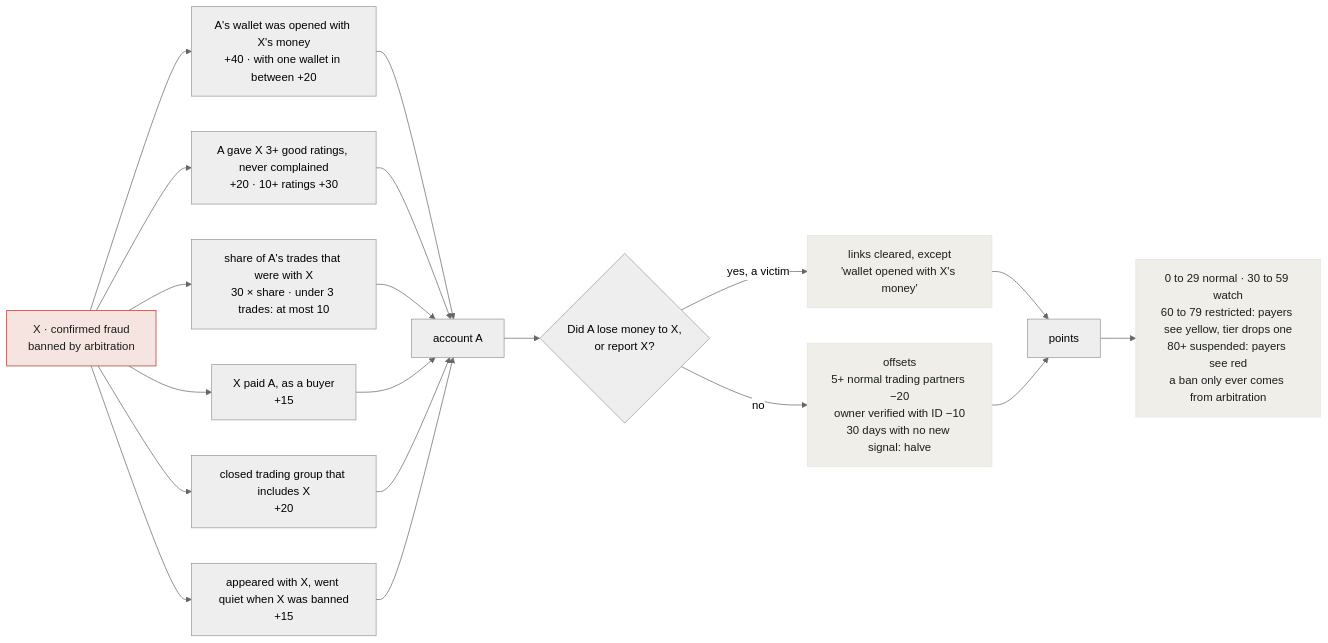
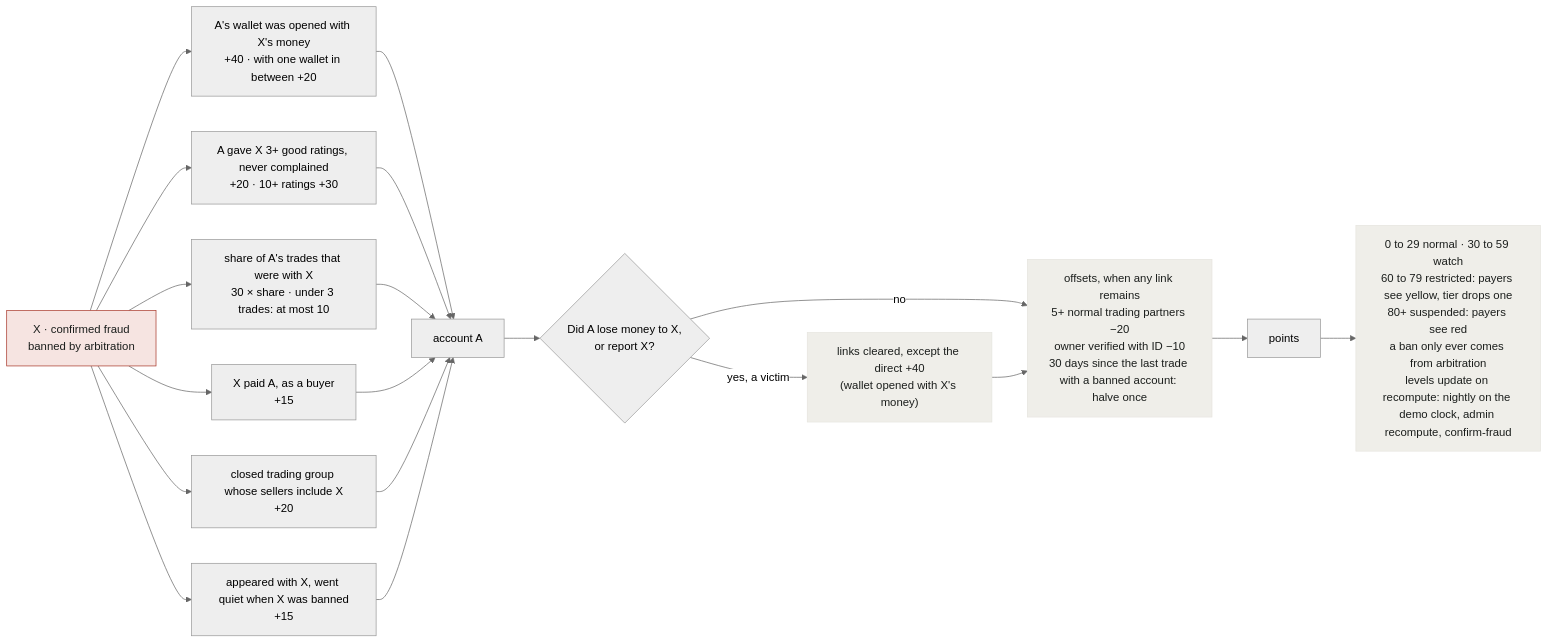
One commit to franktsai2008-eng/ai-pay-gate changed the seventh of 8 diagrams in README.md. Above: the diagram before and after it, drawn with Mermaid (neutral theme). The commit also changed other lines of this file and 2 other files, not shown here.

Commit message:
README diagrams corrected against the code after independent review; weekly score cap rolls forward in the nightly recompute

````diff
--- a/README.md
+++ b/README.md
@@ -197,21 +202,21 @@
 ```mermaid
 flowchart LR
   X["X · confirmed fraud<br/>banned by arbitration"]
   X --> S1["A's wallet was opened with X's money<br/>+40 · with one wallet in between +20"]
   X --> S2["A gave X 3+ good ratings, never complained<br/>+20 · 10+ ratings +30"]
   X --> S3["share of A's trades that were with X<br/>30 × share · under 3 trades: at most 10"]
   X --> S4["X paid A, as a buyer<br/>+15"]
-  X --> S5["closed trading group that includes X<br/>+20"]
+  X --> S5["closed trading group whose sellers include X<br/>+20"]
   X --> S6["appeared with X, went quiet when X was banned<br/>+15"]
   S1 & S2 & S3 & S4 & S5 & S6 --> A["account A"]
   A --> V{"Did A lose money to X,<br/>or report X?"}
-  V -- "yes, a victim" --> V1["links cleared, except<br/>'wallet opened with X's money'"]
-  V -- "no" --> OFF["offsets<br/>5+ normal trading partners −20<br/>owner verified with ID −10<br/>30 days with no new signal: halve"]
-  V1 --> PTS["points"]
-  OFF --> PTS
-  PTS --> L["0 to 29 normal · 30 to 59 watch<br/>60 to 79 restricted: payers see yellow, tier drops one<br/>80+ suspended: payers see red<br/>a ban only ever comes from arbitration"]
+  V -- "yes, a victim" --> V1["links cleared, except the direct +40<br/>(wallet opened with X's money)"]
+  V -- "no" --> OFF
+  V1 --> OFF["offsets, when any link remains<br/>5+ normal trading partners −20<br/>owner verified with ID −10<br/>30 days since the last trade with a banned account: halve once"]
+  OFF --> PTS["points"]
+  PTS --> L["0 to 29 normal · 30 to 59 watch<br/>60 to 79 restricted: payers see yellow, tier drops one<br/>80+ suspended: payers see red<br/>a ban only ever comes from arbitration<br/>levels update on recompute: nightly on the demo clock, admin recompute, confirm-fraud"]
   classDef bad fill:#f6e4e1,stroke:#a8382b,color:#1b1e1c
   classDef note fill:#efeee9,stroke:#e6e5df,color:#1b1e1c
   class X bad
   class L,OFF,V1 note
 ```
````
